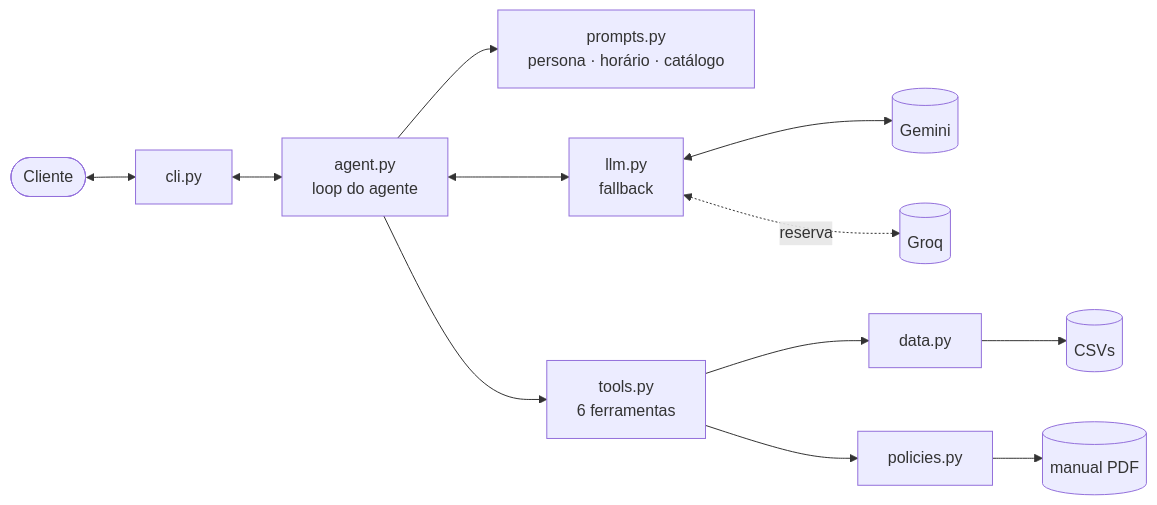
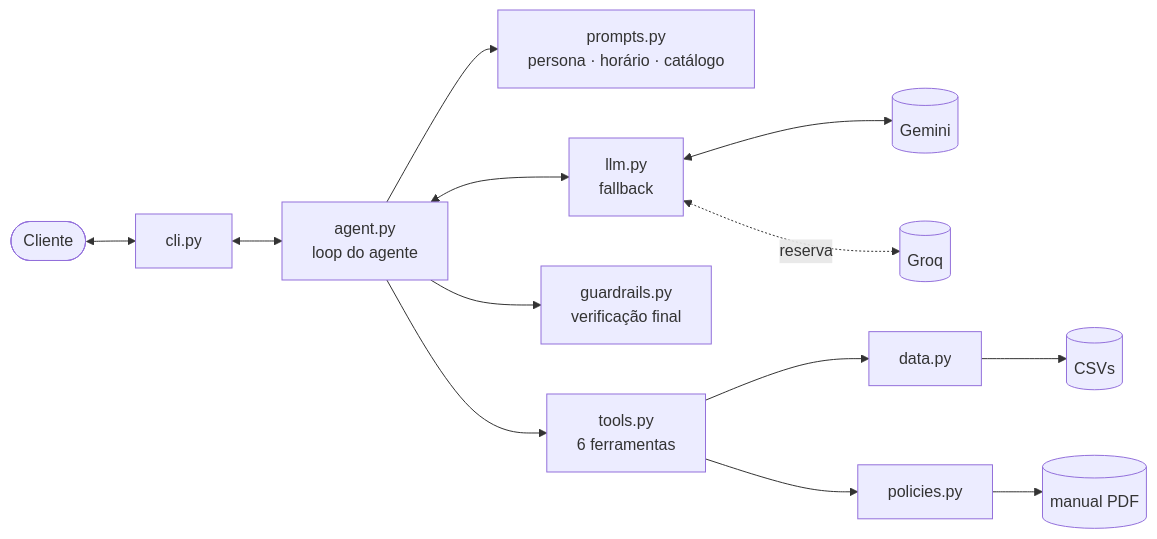
Before and after one commit to daianesmendes/emporio-agent: the diagram in README.pt-BR.md, drawn with Mermaid. The commit also changed other lines of this file and 9 other files, not shown here.

````diff
--- a/README.pt-BR.md
+++ b/README.pt-BR.md
@@ -66,12 +64,13 @@
 ```mermaid
 flowchart LR
     U([Cliente]) <--> CLI[cli.py]
     CLI <--> A[agent.py<br/>loop do agente]
     A --> P[prompts.py<br/>persona · horário · catálogo]
     A <--> L[llm.py<br/>fallback]
     L <--> G[(Gemini)]
     L <-.reserva.-> GQ[(Groq)]
+    A --> GR[guardrails.py<br/>verificação final]
     A --> T[tools.py<br/>6 ferramentas]
     T --> S[data.py] --> CSV[(CSVs)]
     T --> PO[policies.py] --> PDF[(manual PDF)]
 ```
````
